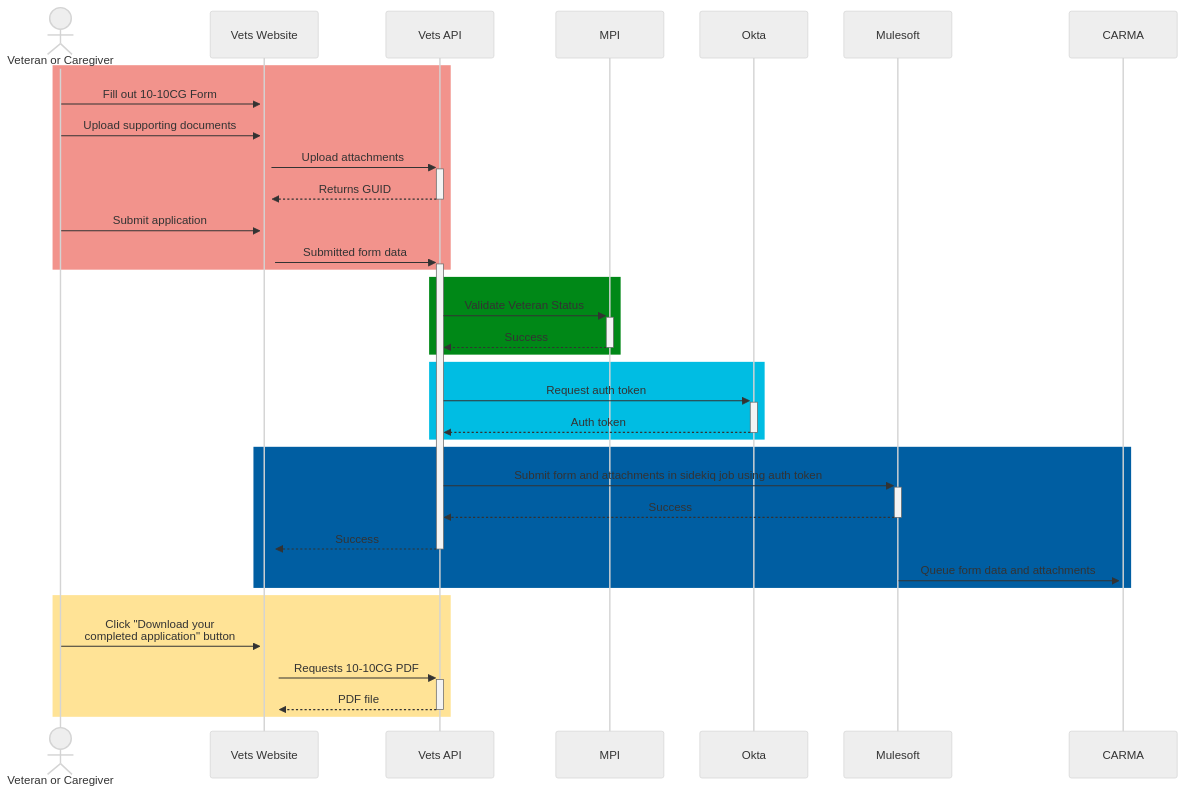
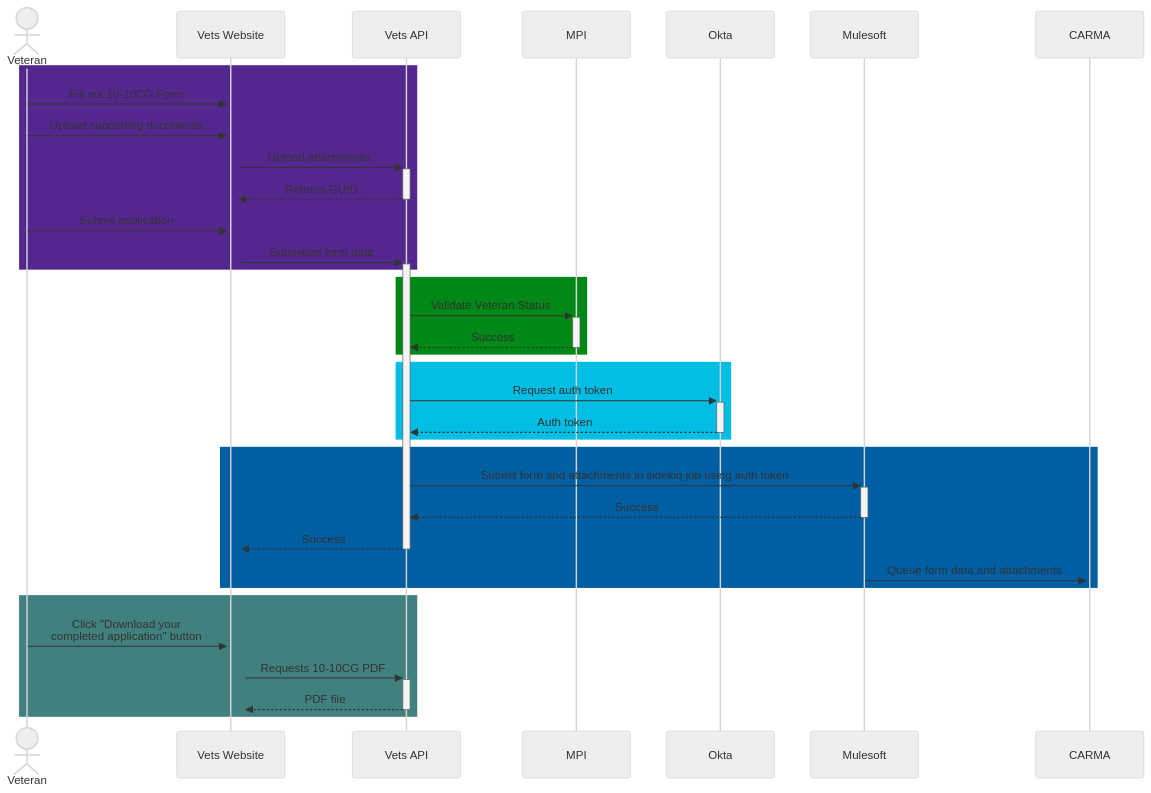
One commit to department-of-veterans-affairs/va.gov-team changed the diagram in products/caregivers/eng-docs/10-10CG Sequence Diagram.md. Above: the diagram before and after it, drawn with Mermaid (neutral theme).

Commit message:
update colors for better contrast

````diff
--- a/products/caregivers/eng-docs/10-10CG Sequence Diagram.md
+++ b/products/caregivers/eng-docs/10-10CG Sequence Diagram.md
@@ -1,44 +1,44 @@
 ```mermaid
 sequenceDiagram
-  actor Veteran as Veteran or Caregiver
+  actor Veteran as Veteran
 
   participant vets-website as Vets Website
   participant vets-api as Vets API
   participant mpi as MPI
 
   participant Okta
   participant mulesoft as Mulesoft
   participant carma as CARMA
 
-  rect rgb(242, 147, 140)
+  rect rgb(84, 39, 143)
   Veteran ->>+ vets-website: Fill out 10-10CG Form
   Veteran ->>+ vets-website: Upload supporting documents
   vets-website ->>+ vets-api: Upload attachments
   vets-api -->>- vets-website: Returns GUID
   Veteran ->>+ vets-website: Submit application
   vets-website ->>+ vets-api: Submitted form data
   end
 
   rect rgb(0, 136, 23)
   vets-api ->>+ mpi: Validate Veteran Status
   mpi -->>- vets-api: Success
   end
 
   rect rgb(0, 189, 227)
   vets-api ->>+ Okta: Request auth token
   Okta -->>- vets-api: Auth token
   end
 
   rect rgb(0, 94, 162)
   vets-api ->>+ mulesoft: Submit form and attachments in sidekiq job using auth token
   mulesoft -->>- vets-api: Success
   vets-api -->>- vets-website: Success
   mulesoft ->>+ carma: Queue form data and attachments
   end
 
-  rect rgb(255, 227, 150)
+  rect rgb(64, 128, 126)
   Veteran ->>+ vets-website: Click "Download your <br> completed application" button
   vets-website ->>+ vets-api: Requests 10-10CG PDF
   vets-api -->>- vets-website: PDF file
   end
 ```
````
